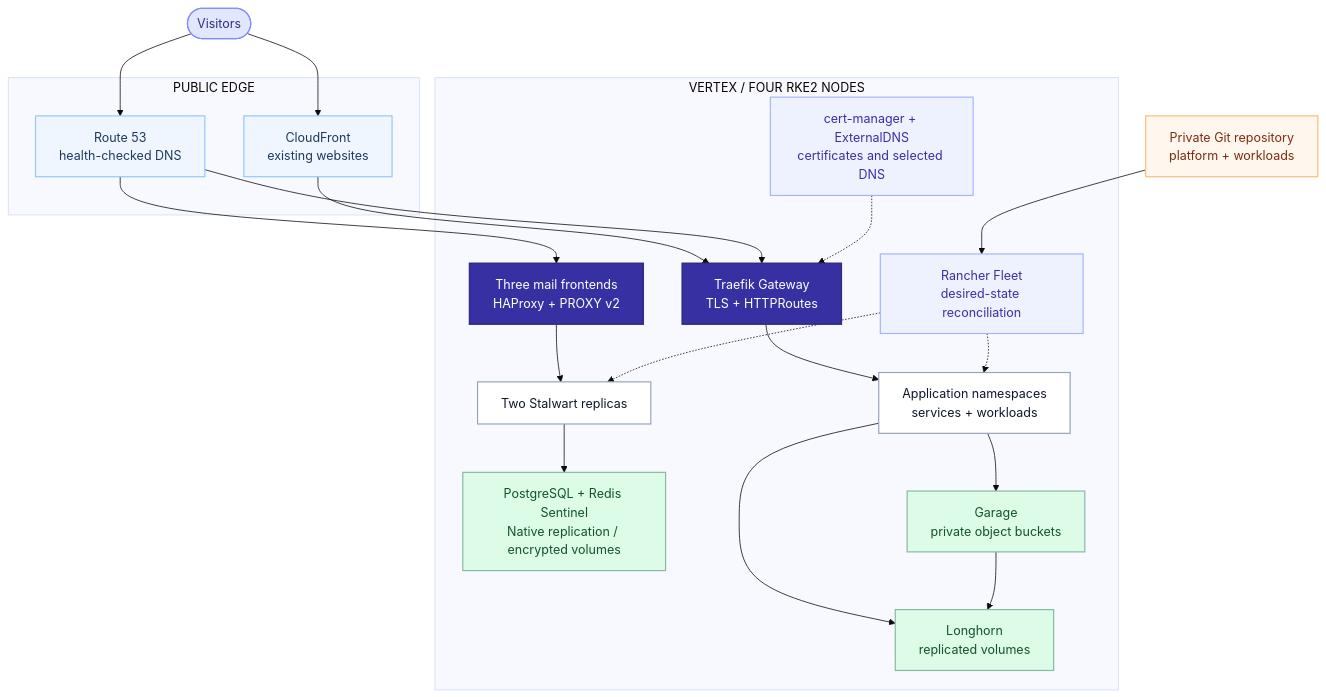
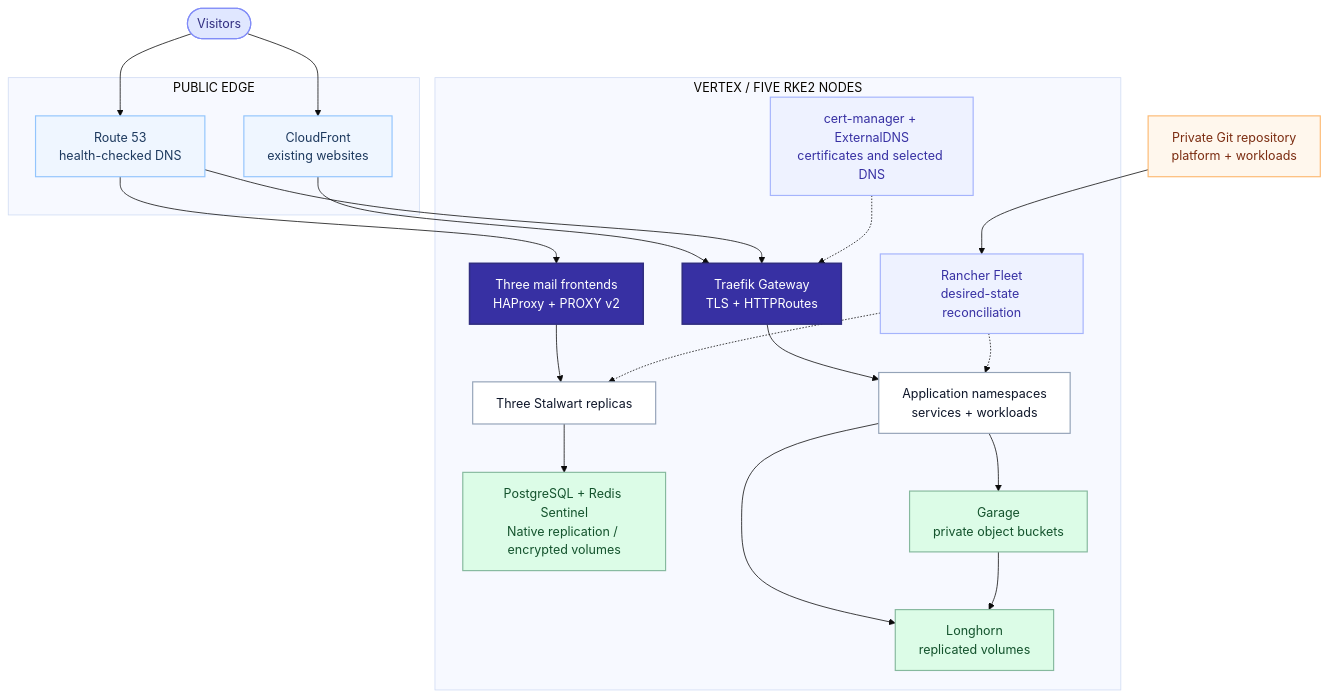
Before and after one commit to Paul1404/astro-portfolio: the diagram in docs/diagrams/vertex/en-architecture.mmd, drawn with Mermaid (base theme). The commit also changed 52 other files, not shown here.

Commit message:
Explain the Stalwart mail cluster architecture and preserve legacy URLs

```diff
--- a/docs/diagrams/vertex/en-architecture.mmd
+++ b/docs/diagrams/vertex/en-architecture.mmd
@@ -1,36 +1,36 @@
 flowchart TB
   accTitle: Vertex traffic and platform architecture
-  accDescr: Visitors reach the Traefik gateway either directly using Route 53 DNS or through CloudFront for existing websites. HTTPRoutes forward to isolated application services. Rancher Fleet reconciles the desired state; cert-manager and ExternalDNS manage selected certificates and records. Longhorn provides replicated persistent storage and Garage provides S3-compatible buckets. Mail has three HAProxy frontends, two Stalwart replicas and natively replicated PostgreSQL and Redis stores.
+  accDescr: Visitors reach the Traefik gateway either directly using Route 53 DNS or through CloudFront for existing websites. HTTPRoutes forward to isolated application services. Rancher Fleet reconciles the desired state; cert-manager and ExternalDNS manage selected certificates and records. Longhorn provides replicated persistent storage and Garage provides S3-compatible buckets. Mail has three HAProxy frontends, three Stalwart replicas and natively replicated PostgreSQL and Redis stores.
   Visitor([Visitors]):::person
   subgraph edge["PUBLIC EDGE"]
     DNS["Route 53<br/>health-checked DNS"]:::cloud
     CDN["CloudFront<br/>existing websites"]:::cloud
   end
-  subgraph cluster["VERTEX / FOUR RKE2 NODES"]
+  subgraph cluster["VERTEX / FIVE RKE2 NODES"]
     GW["Traefik Gateway<br/>TLS + HTTPRoutes"]:::gateway
     MailEdge["Three mail frontends<br/>HAProxy + PROXY v2"]:::gateway
-    Mail["Two Stalwart replicas"]:::workload
+    Mail["Three Stalwart replicas"]:::workload
     MailDB["PostgreSQL + Redis Sentinel<br/>Native replication / encrypted volumes"]:::storage
     Apps["Application namespaces<br/>services + workloads"]:::workload
     Store["Longhorn<br/>replicated volumes"]:::storage
     Garage["Garage<br/>private object buckets"]:::storage
     Fleet["Rancher Fleet<br/>desired-state reconciliation"]:::control
     Cert["cert-manager + ExternalDNS<br/>certificates and selected DNS"]:::control
   end
   Git["Private Git repository<br/>platform + workloads"]:::source
   Visitor --> DNS
   Visitor --> CDN --> GW
   DNS --> GW --> Apps
   Git --> Fleet -.-> Apps
   Cert -.-> GW
   DNS --> MailEdge --> Mail --> MailDB
   Fleet -.-> Mail
   Apps --> Store
   Apps --> Garage --> Store
   classDef person fill:#e0e7ff,stroke:#818cf8,color:#312e81,stroke-width:1.5px
   classDef cloud fill:#eff6ff,stroke:#93c5fd,color:#1e3a5f,stroke-width:1.5px
   classDef gateway fill:#3730a3,stroke:#312e81,color:#ffffff,stroke-width:2px
   classDef workload fill:#ffffff,stroke:#94a3b8,color:#0f172a,stroke-width:1.5px
   classDef storage fill:#dcfce7,stroke:#86b99e,color:#14532d,stroke-width:1.5px
   classDef control fill:#eef2ff,stroke:#a5b4fc,color:#3730a3,stroke-width:1.5px
   classDef source fill:#fff7ed,stroke:#fdba74,color:#7c2d12,stroke-width:1.5px
```
